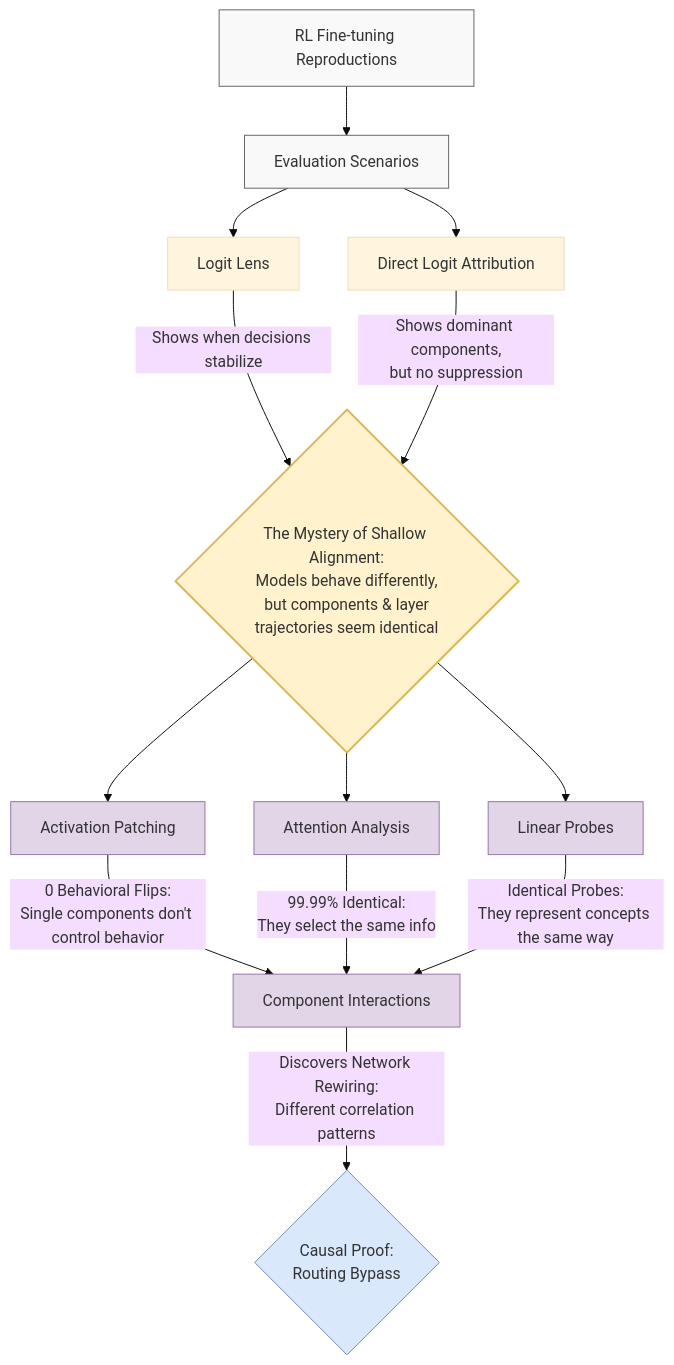
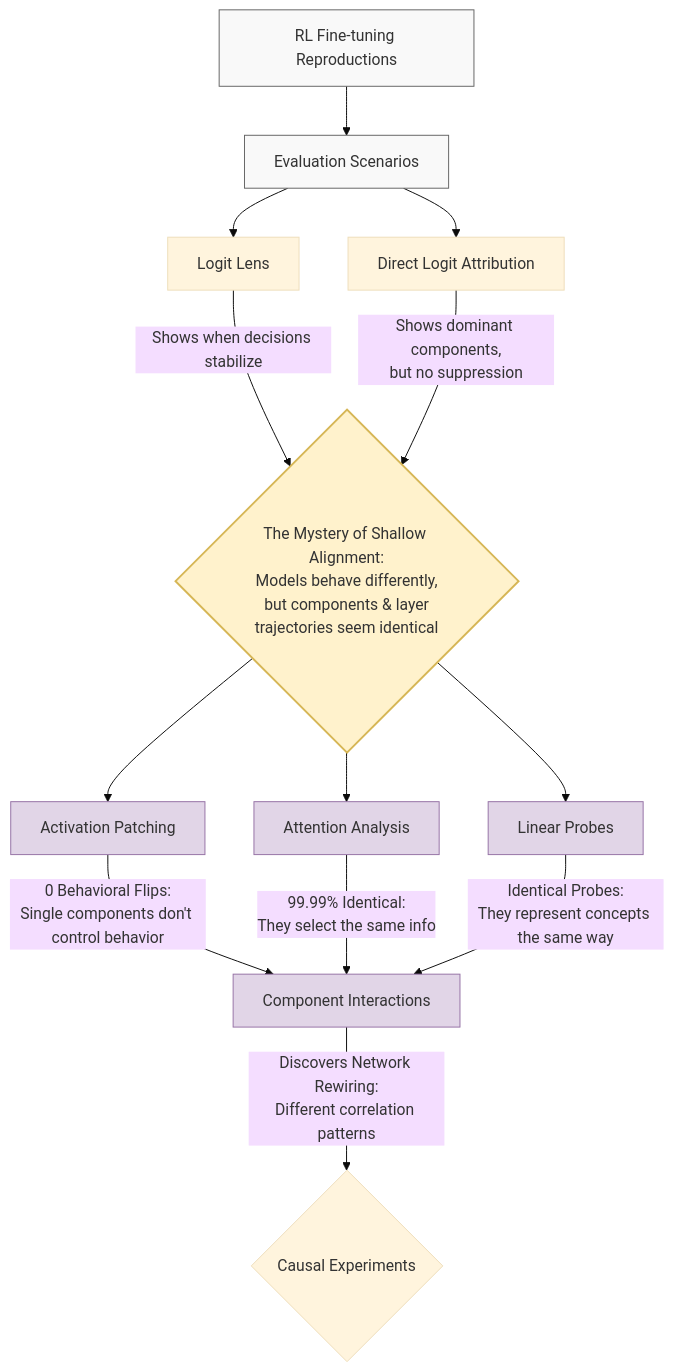
The third of 4 diagrams in WRITE_UP.md (tylercrosse/LLM_morality), drawn with Mermaid (base theme) before and after one commit. The commit also changed other lines of this file, not shown here.

````diff
--- a/WRITE_UP.md
+++ b/WRITE_UP.md
@@ -613,39 +589,38 @@
 ```mermaid
 graph TD
     classDef setup fill:#f9f9f9,stroke:#666,stroke-width:1px;
     classDef feature fill:#fff2cc,stroke:#d6b656,stroke-width:2px;
     classDef test fill:#e1d5e7,stroke:#9673a6,stroke-width:1px;
-    classDef causal fill:#dae8fc,stroke:#6c8ebf,stroke-width:1px;
 
     %% Base Setup
     FT[RL Fine-tuning Reproductions] --> Eval[Evaluation Scenarios]
     Eval --> LL[Logit Lens]
     Eval --> DLA[Direct Logit Attribution]
 
     class FT,Eval setup;
 
     %% The Mystery
     LL -- Shows when decisions stabilize --> Mystery{The Mystery of Shallow Alignment:<br>Models behave differently,<br>but components & layer<br>trajectories seem identical}
     DLA -- Shows dominant components,<br>but no suppression --> Mystery
 
     class Mystery feature;
 
     %% Hypothesis Testing
     Mystery --> AP[Activation Patching]
     Mystery --> Attn[Attention Analysis]
     Mystery --> Probes[Linear Probes]
 
     class AP,Attn,Probes test;
 
     %% Null Results -> New Hypothesis
     AP -- "0 Behavioral Flips:<br>Single components don't control behavior" --> Interact[Component Interactions]
     Attn -- "99.99% Identical:<br>They select the same info" --> Interact
     Probes -- "Identical Probes:<br>They represent concepts the same way" --> Interact
 
     class Interact test;
 
     %% The Breakthrough
-    Interact -- "Discovers Network Rewiring:<br>Different correlation patterns" --> Causal{Causal Proof:<br>Routing Bypass}
+    Interact -- "Discovers Network Rewiring:<br>Different correlation patterns" --> Causal{Causal Experiments}
 
     class Causal causal;
 ```
````
